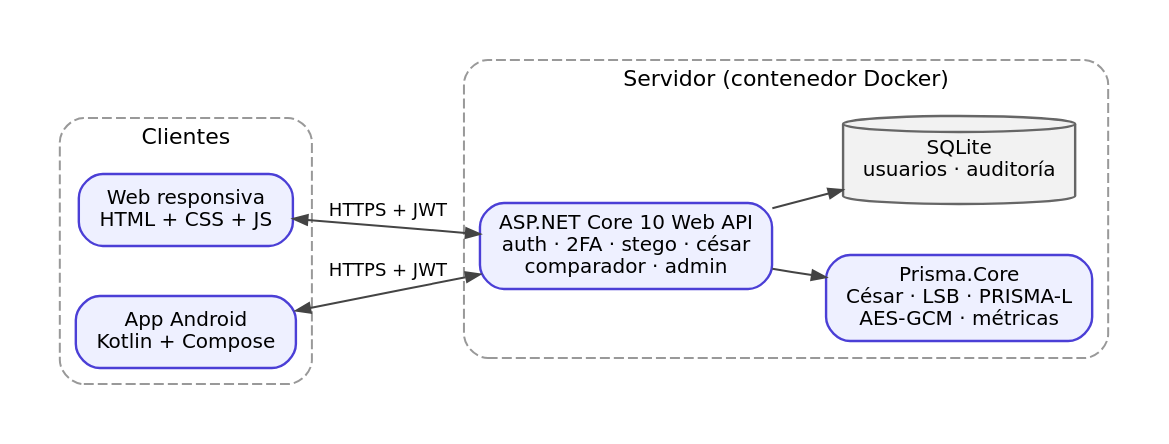
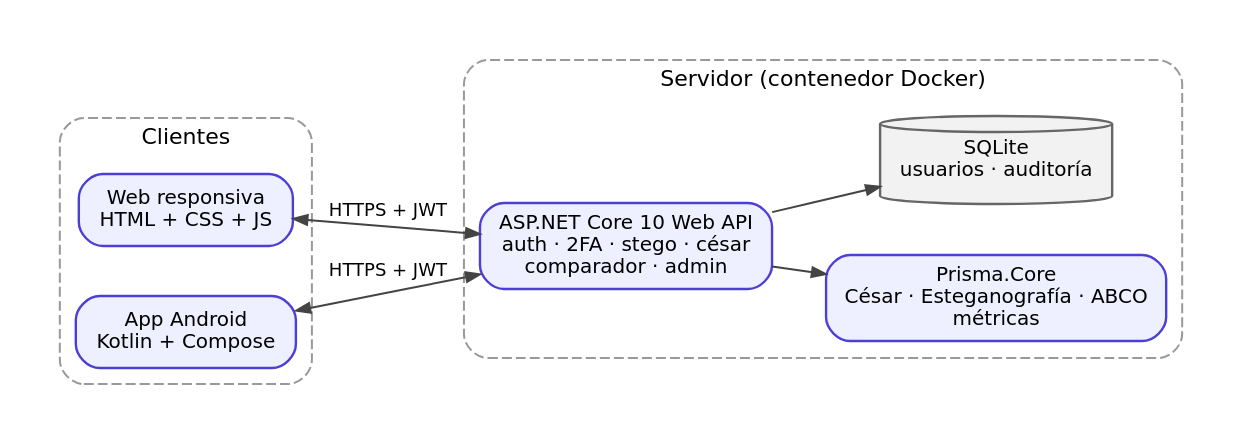
Before and after one commit to yaelrdf/Virologia_Criptografia_UPIICSA: the diagram in Examen_Prisma/docs/diagramas/arquitectura.dot, drawn with Graphviz. The commit also changed 16 other files, not shown here.

First line of the commit message:
Documentación ABCO: diagramas, API, README, DEPLOY y generador del Word actualizados

```diff
--- a/Examen_Prisma/docs/diagramas/arquitectura.dot
+++ b/Examen_Prisma/docs/diagramas/arquitectura.dot
@@ -1,12 +1,12 @@
 digraph G { graph [fontname="DejaVu Sans", fontsize=11, nodesep=0.35, ranksep=0.35, pad=0.2, bgcolor="white"];
 node [fontname="DejaVu Sans", fontsize=10, shape=box, style="rounded,filled", fillcolor="#eef0ff", color="#4b3fd6", penwidth=1.2, margin="0.15,0.07"];
 edge [fontname="DejaVu Sans", fontsize=9, color="#444444", arrowsize=0.7]; rankdir=LR;
   subgraph cluster_c { label="Clientes"; style="rounded,dashed"; color="#999999";
     web [label="Web responsiva\nHTML + CSS + JS"]; app [label="App Android\nKotlin + Compose"]; }
   subgraph cluster_s { label="Servidor (contenedor Docker)"; style="rounded,dashed"; color="#999999";
     api [label="ASP.NET Core 10 Web API\nauth · 2FA · stego · césar\ncomparador · admin"];
-    core [label="Prisma.Core\nCésar · LSB · PRISMA-L\nAES-GCM · métricas"];
+    core [label="Prisma.Core\nCésar · Esteganografía · ABCO\nmétricas"];
     db [label="SQLite\nusuarios · auditoría", shape=cylinder, style=filled, fillcolor="#f2f2f2", color="#666666"]; }
   web -> api [label="HTTPS + JWT", dir=both]; app -> api [label="HTTPS + JWT", dir=both];
   api -> core; api -> db;
 }
```
